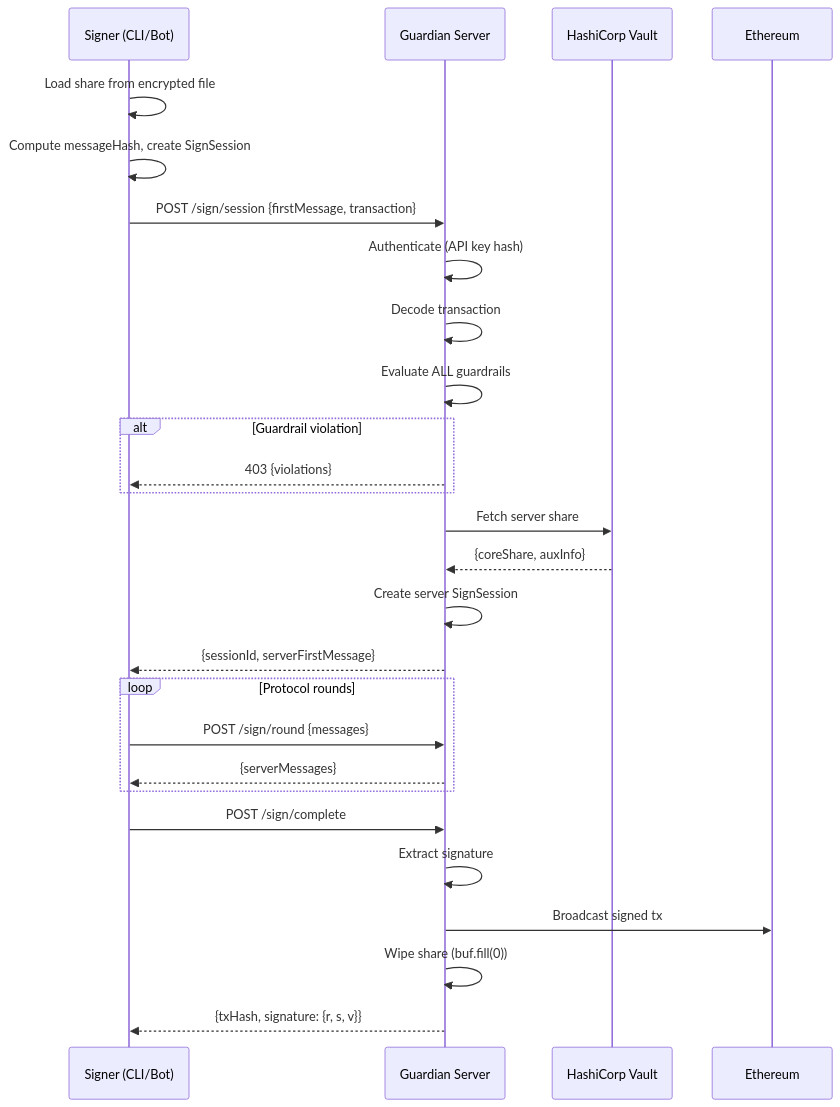
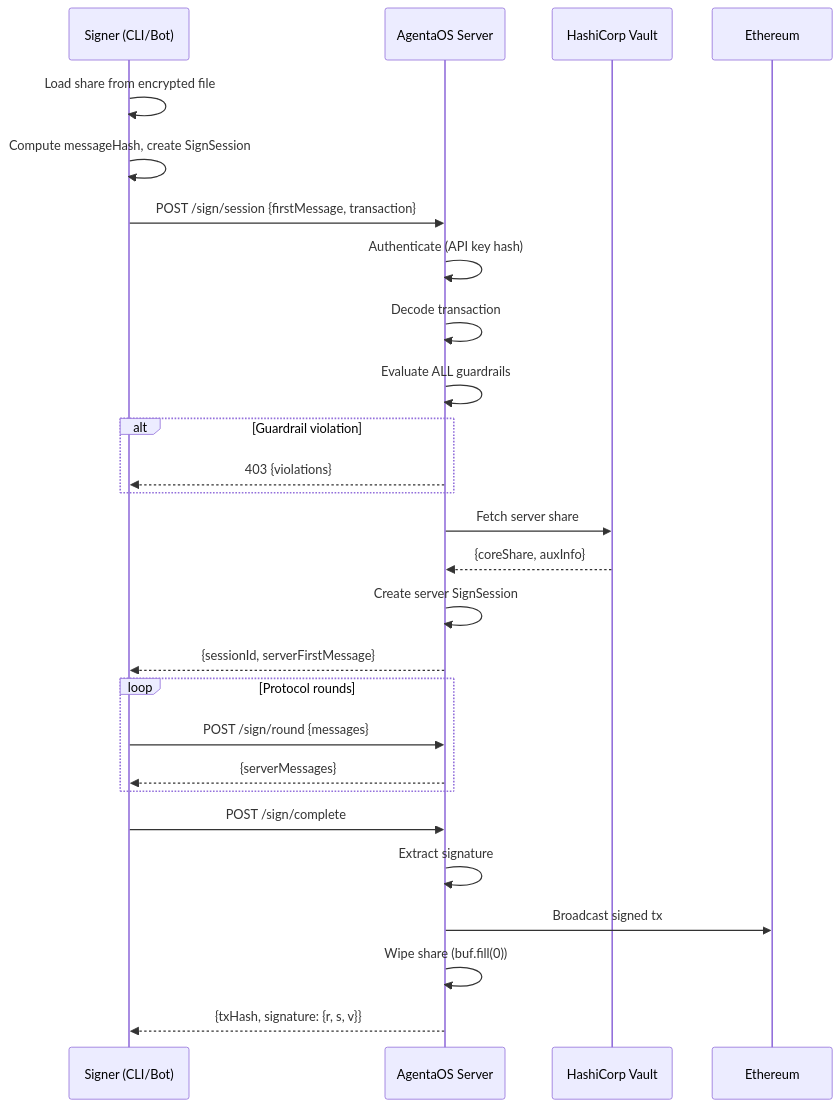
One commit to AgentaOS/docs changed the first of 2 diagrams in guardian/concepts/signing-paths.mdx. Above: the diagram before and after it, drawn with Mermaid. The commit also changed other lines of this file and 28 other files, not shown here.

````diff
--- a/guardian/concepts/signing-paths.mdx
+++ b/guardian/concepts/signing-paths.mdx
@@ -43,35 +43,35 @@
 ```mermaid
 sequenceDiagram
     participant CLI as Signer (CLI/Bot)
-    participant API as Guardian Server
+    participant API as AgentaOS Server
     participant Vault as HashiCorp Vault
     participant Chain as Ethereum
 
     CLI->>CLI: Load share from encrypted file
     CLI->>CLI: Compute messageHash, create SignSession
     CLI->>API: POST /sign/session {firstMessage, transaction}
     API->>API: Authenticate (API key hash)
     API->>API: Decode transaction
     API->>API: Evaluate ALL guardrails
 
     alt Guardrail violation
         API-->>CLI: 403 {violations}
     end
 
     API->>Vault: Fetch server share
     Vault-->>API: {coreShare, auxInfo}
     API->>API: Create server SignSession
 
     API-->>CLI: {sessionId, serverFirstMessage}
 
     loop Protocol rounds
         CLI->>API: POST /sign/round {messages}
         API-->>CLI: {serverMessages}
     end
 
     CLI->>API: POST /sign/complete
     API->>API: Extract signature
     API->>Chain: Broadcast signed tx
     API->>API: Wipe share (buf.fill(0))
     API-->>CLI: {txHash, signature: {r, s, v}}
 ```
````
